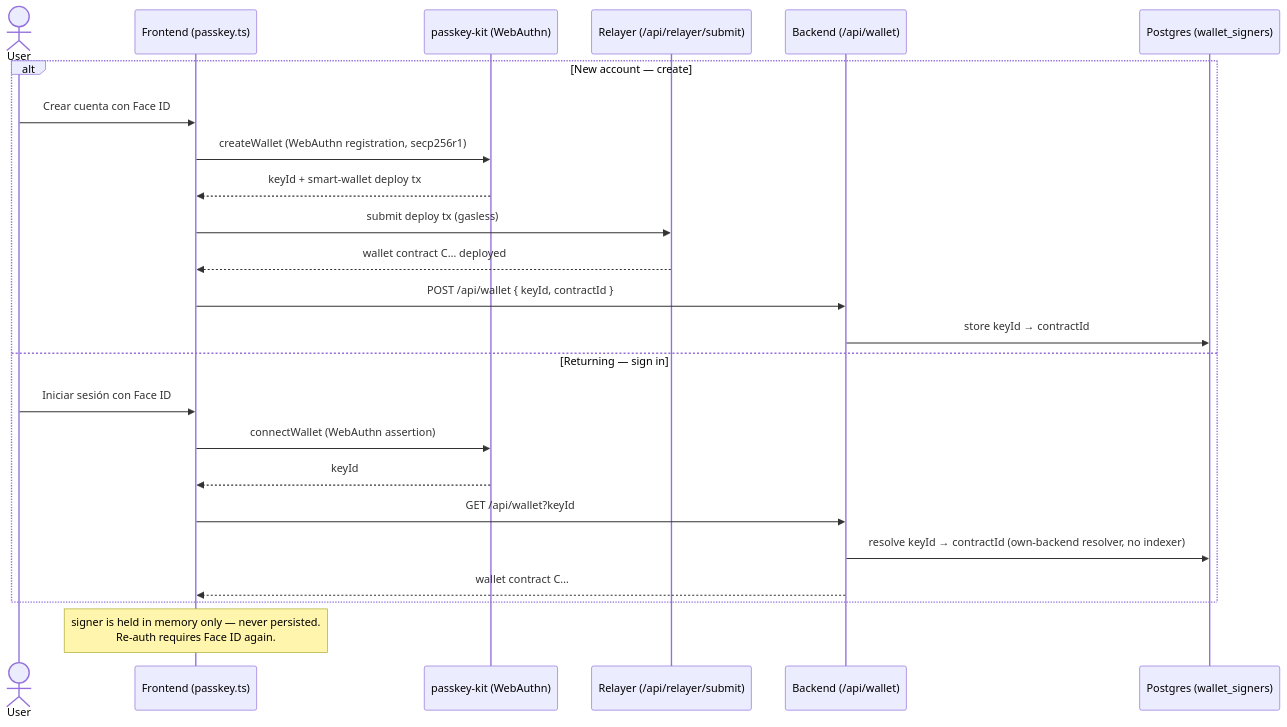
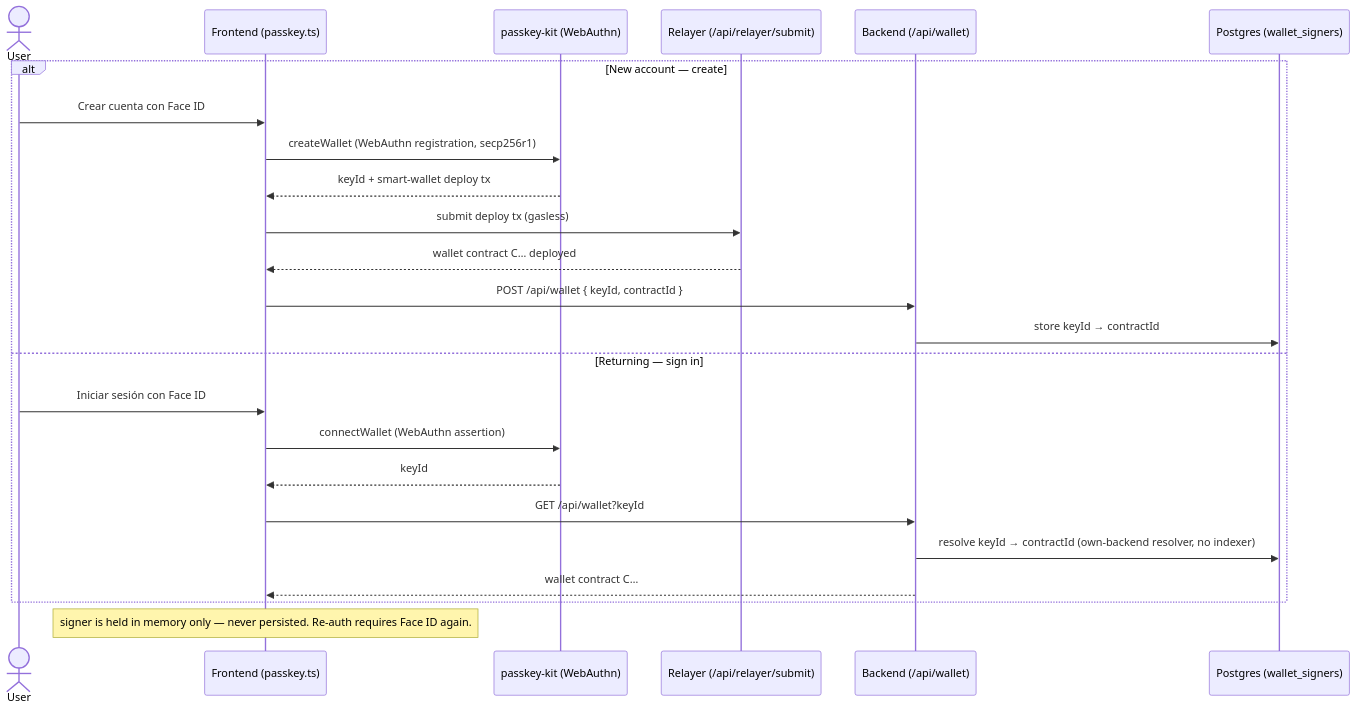
One commit to KovaFinance/kova-app changed the fourth of 5 diagrams in README.md. Above: the diagram before and after it, drawn with Mermaid. The commit also changed other lines of this file, not shown here.

Commit message:
fix: update README formatting for better readability in flowcharts and notes

````diff
--- a/README.md
+++ b/README.md
@@ -222,28 +222,28 @@
 ```mermaid
 sequenceDiagram
     actor User
     participant FE as Frontend (passkey.ts)
     participant PK as passkey-kit (WebAuthn)
     participant RL as Relayer (/api/relayer/submit)
     participant BE as Backend (/api/wallet)
     participant DB as Postgres (wallet_signers)
 
     alt New account — create
         User->>FE: Crear cuenta con Face ID
         FE->>PK: createWallet (WebAuthn registration, secp256r1)
         PK-->>FE: keyId + smart-wallet deploy tx
         FE->>RL: submit deploy tx (gasless)
         RL-->>FE: wallet contract C… deployed
         FE->>BE: POST /api/wallet { keyId, contractId }
         BE->>DB: store keyId → contractId
     else Returning — sign in
         User->>FE: Iniciar sesión con Face ID
         FE->>PK: connectWallet (WebAuthn assertion)
         PK-->>FE: keyId
         FE->>BE: GET /api/wallet?keyId
         BE->>DB: resolve keyId → contractId (own-backend resolver, no indexer)
         BE-->>FE: wallet contract C…
     end
 
-    Note over FE: signer is held in memory only — never persisted.<br/>Re-auth requires Face ID again.
+    Note over FE: signer is held in memory only — never persisted. Re-auth requires Face ID again.
 ```
````
